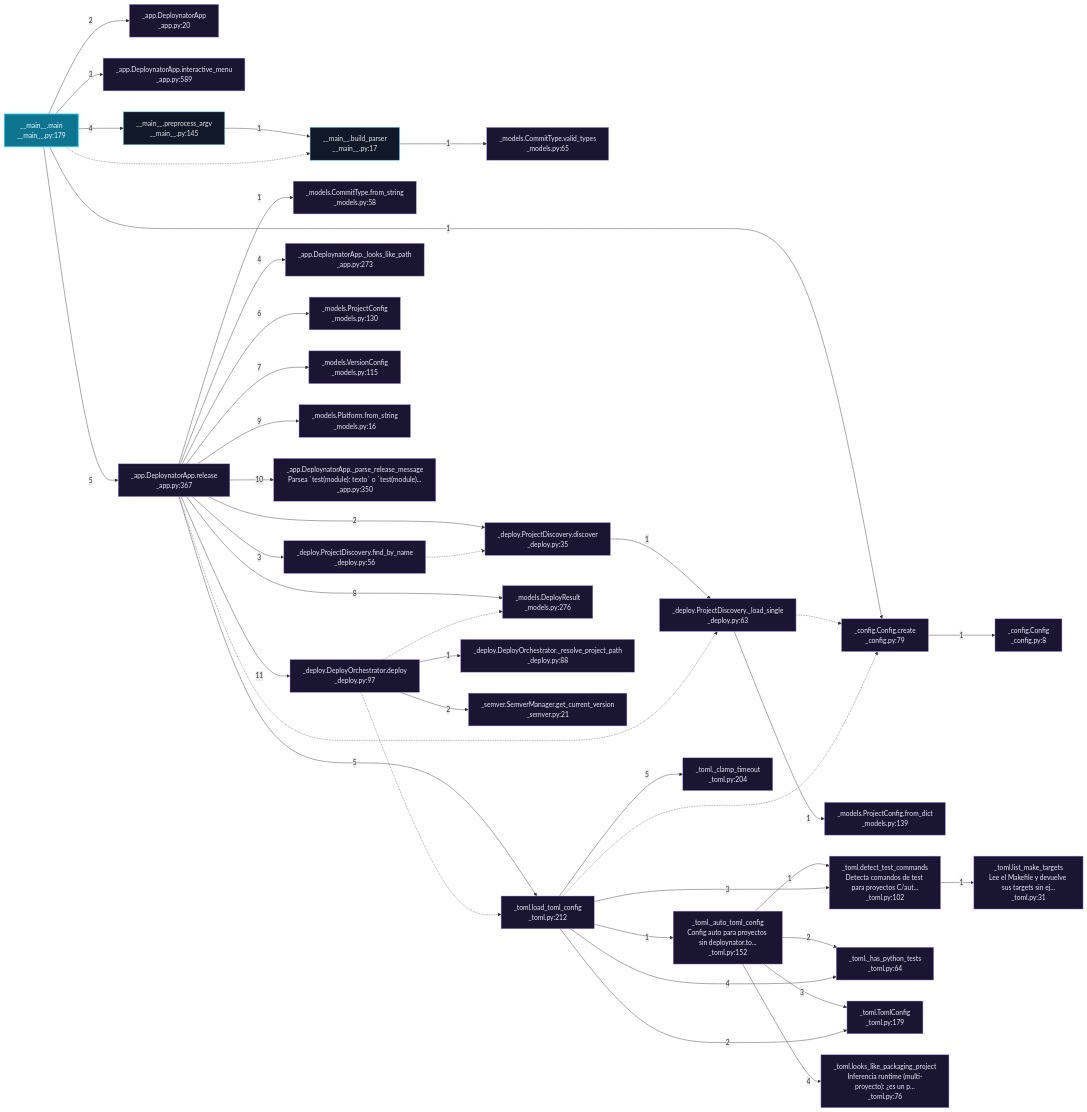
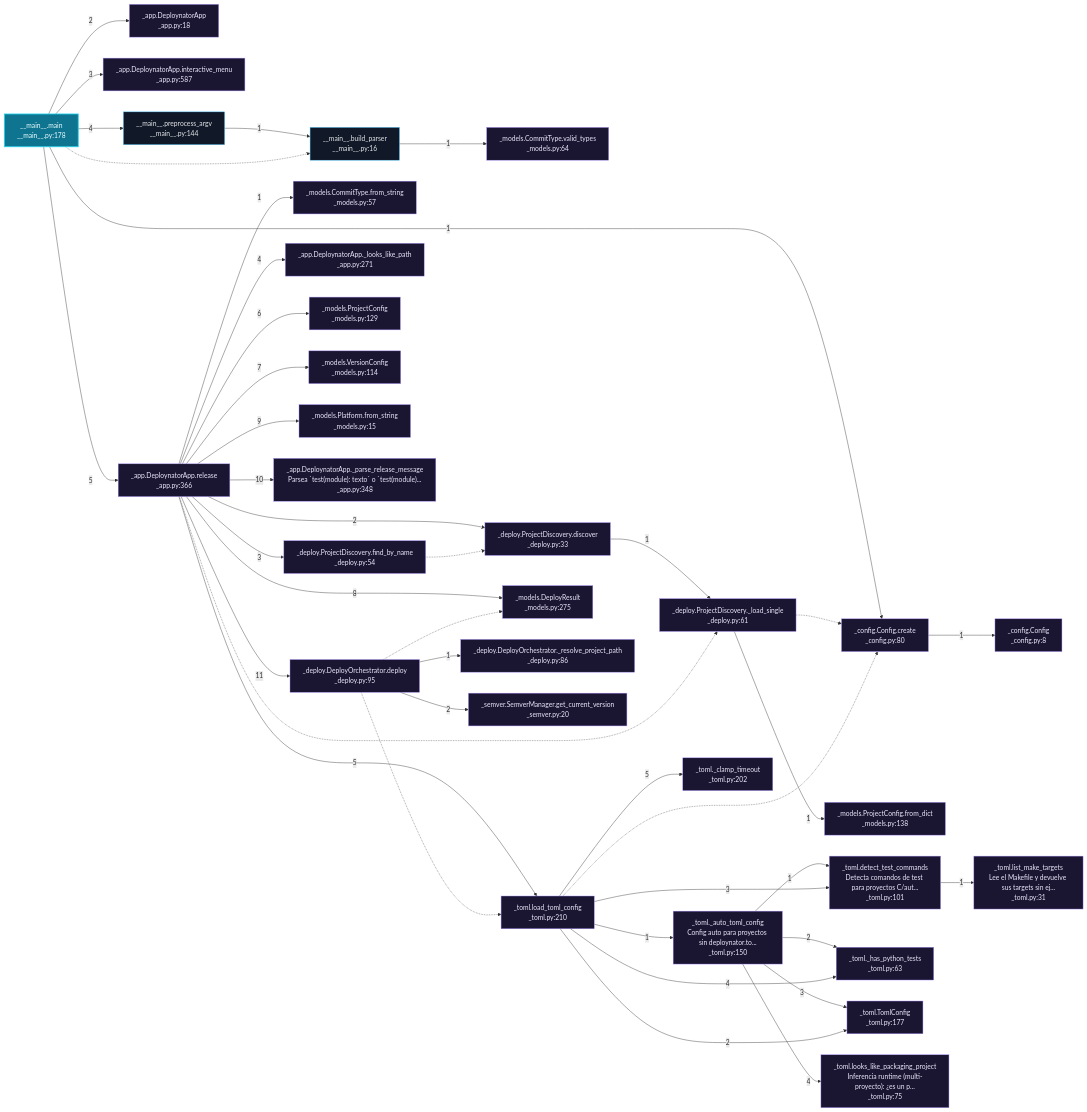
One commit to grisuno/deploynator changed the sixth of 9 diagrams in readmenator-apidocs/architecture.md. Above: the diagram before and after it, drawn with Mermaid. The commit also changed other lines of this file and 144 other files, not shown here.

First line of the commit message:
test(module): testing ruff 100% green.

````diff
--- a/readmenator-apidocs/architecture.md
+++ b/readmenator-apidocs/architecture.md
@@ -318,77 +321,77 @@
 ```mermaid
 flowchart LR
     classDef default fill:#111827,stroke:#38bdf8,color:#e5e7eb;
     classDef entry fill:#0e7490,stroke:#22d3ee,color:#ecfeff,stroke-width:2px;
     classDef external fill:#1a1530,stroke:#a78bfa,color:#ede9fe;
-    n_deploynator___main___py__main["__main__.main<br/>__main__.py:179"]:::entry
-    n_deploynator__config_py__create["_config.Config.create<br/>_config.py:79"]:::external
+    n_deploynator___main___py__main["__main__.main<br/>__main__.py:178"]:::entry
+    n_deploynator__config_py__create["_config.Config.create<br/>_config.py:80"]:::external
     n_deploynator__config_py__Config["_config.Config<br/>_config.py:8"]:::external
-    n_deploynator__app_py__DeploynatorApp["_app.DeploynatorApp<br/>_app.py:20"]:::external
-    n_deploynator__app_py__interactive_menu["_app.DeploynatorApp.interactive_menu<br/>_app.py:589"]:::external
-    n_deploynator___main___py__preprocess_argv["__main__.preprocess_argv<br/>__main__.py:145"]:::default
-    n_deploynator___main___py__build_parser["__main__.build_parser<br/>__main__.py:17"]:::default
-    n_deploynator__models_py__valid_types["_models.CommitType.valid_types<br/>_models.py:65"]:::external
-    n_deploynator__app_py__release["_app.DeploynatorApp.release<br/>_app.py:367"]:::external
-    n_deploynator__models_py__from_string_58["_models.CommitType.from_string<br/>_models.py:58"]:::external
-    n_deploynator__deploy_py__discover["_deploy.ProjectDiscovery.discover<br/>_deploy.py:35"]:::external
-    n_deploynator__deploy_py___load_single["_deploy.ProjectDiscovery._load_single<br/>_deploy.py:63"]:::external
-    n_deploynator__models_py__from_dict_139["_models.ProjectConfig.from_dict<br/>_models.py:139"]:::external
-    n_deploynator__deploy_py__find_by_name["_deploy.ProjectDiscovery.find_by_name<br/>_deploy.py:56"]:::external
-    n_deploynator__app_py___looks_like_path["_app.DeploynatorApp._looks_like_path<br/>_app.py:273"]:::external
-    n_deploynator__toml_py__load_toml_config["_toml.load_toml_config<br/>_toml.py:212"]:::external
-    n_deploynator__toml_py___auto_toml_config["_toml._auto_toml_config<br/>Config auto para proyectos sin deploynator.to...<br/>_toml.py:152"]:::external
-    n_deploynator__toml_py__detect_test_commands["_toml.detect_test_commands<br/>Detecta comandos de test para proyectos C/aut...<br/>_toml.py:102"]:::external
-    n_deploynator__toml_py___has_python_tests["_toml._has_python_tests<br/>_toml.py:64"]:::external
-    n_deploynator__toml_py__TomlConfig["_toml.TomlConfig<br/>_toml.py:179"]:::external
-    n_deploynator__toml_py__looks_like_packaging_project["_toml.looks_like_packaging_project<br/>Inferencia runtime (multi-proyecto): ¿es un p...<br/>_toml.py:76"]:::external
+    n_deploynator__app_py__DeploynatorApp["_app.DeploynatorApp<br/>_app.py:18"]:::external
+    n_deploynator__app_py__interactive_menu["_app.DeploynatorApp.interactive_menu<br/>_app.py:587"]:::external
+    n_deploynator___main___py__preprocess_argv["__main__.preprocess_argv<br/>__main__.py:144"]:::default
+    n_deploynator___main___py__build_parser["__main__.build_parser<br/>__main__.py:16"]:::default
+    n_deploynator__models_py__valid_types["_models.CommitType.valid_types<br/>_models.py:64"]:::external
+    n_deploynator__app_py__release["_app.DeploynatorApp.release<br/>_app.py:366"]:::external
+    n_deploynator__models_py__from_string_57["_models.CommitType.from_string<br/>_models.py:57"]:::external
+    n_deploynator__deploy_py__discover["_deploy.ProjectDiscovery.discover<br/>_deploy.py:33"]:::external
+    n_deploynator__deploy_py___load_single["_deploy.ProjectDiscovery._load_single<br/>_deploy.py:61"]:::external
+    n_deploynator__models_py__from_dict_138["_models.ProjectConfig.from_dict<br/>_models.py:138"]:::external
+    n_deploynator__deploy_py__find_by_name["_deploy.ProjectDiscovery.find_by_name<br/>_deploy.py:54"]:::external
+    n_deploynator__app_py___looks_like_path["_app.DeploynatorApp._looks_like_path<br/>_app.py:271"]:::external
+    n_deploynator__toml_py__load_toml_config["_toml.load_toml_config<br/>_toml.py:210"]:::external
+    n_deploynator__toml_py___auto_toml_config["_toml._auto_toml_config<br/>Config auto para proyectos sin deploynator.to...<br/>_toml.py:150"]:::external
+    n_deploynator__toml_py__detect_test_commands["_toml.detect_test_commands<br/>Detecta comandos de test para proyectos C/aut...<br/>_toml.py:101"]:::external
+    n_deploynator__toml_py___has_python_tests["_toml._has_python_tests<br/>_toml.py:63"]:::external
+    n_deploynator__toml_py__TomlConfig["_toml.TomlConfig<br/>_toml.py:177"]:::external
+    n_deploynator__toml_py__looks_like_packaging_project["_toml.looks_like_packaging_project<br/>Inferencia runtime (multi-proyecto): ¿es un p...<br/>_toml.py:75"]:::external
     n_deploynator__toml_py__list_make_targets["_toml.list_make_targets<br/>Lee el Makefile y devuelve sus targets sin ej...<br/>_toml.py:31"]:::external
-    n_deploynator__toml_py___clamp_timeout["_toml._clamp_timeout<br/>_toml.py:204"]:::external
-    n_deploynator__models_py__ProjectConfig["_models.ProjectConfig<br/>_models.py:130"]:::external
-    n_deploynator__models_py__VersionConfig["_models.VersionConfig<br/>_models.py:115"]:::external
-    n_deploynator__models_py__DeployResult["_models.DeployResult<br/>_models.py:276"]:::external
-    n_deploynator__models_py__from_string["_models.Platform.from_string<br/>_models.py:16"]:::external
-    n_deploynator__app_py___parse_release_message["_app.DeploynatorApp._parse_release_message<br/>Parsea #96;test(module): texto#96; o #96;test(module)...<br/>_app.py:350"]:::external
-    n_deploynator__deploy_py__deploy["_deploy.DeployOrchestrator.deploy<br/>_deploy.py:97"]:::external
-    n_deploynator__deploy_py___resolve_project_path["_deploy.DeployOrchestrator._resolve_project_path<br/>_deploy.py:88"]:::external
-    n_deploynator__semver_py__get_current_version["_semver.SemverManager.get_current_version<br/>_semver.py:21"]:::external
+    n_deploynator__toml_py___clamp_timeout["_toml._clamp_timeout<br/>_toml.py:202"]:::external
+    n_deploynator__models_py__ProjectConfig["_models.ProjectConfig<br/>_models.py:129"]:::external
+    n_deploynator__models_py__VersionConfig["_models.VersionConfig<br/>_models.py:114"]:::external
+    n_deploynator__models_py__DeployResult["_models.DeployResult<br/>_models.py:275"]:::external
+    n_deploynator__models_py__from_string["_models.Platform.from_string<br/>_models.py:15"]:::external
+    n_deploynator__app_py___parse_release_message["_app.DeploynatorApp._parse_release_message<br/>Parsea #96;test(module): texto#96; o #96;test(module)...<br/>_app.py:348"]:::external
+    n_deploynator__deploy_py__deploy["_deploy.DeployOrchestrator.deploy<br/>_deploy.py:95"]:::external
+    n_deploynator__deploy_py___resolve_project_path["_deploy.DeployOrchestrator._resolve_project_path<br/>_deploy.py:86"]:::external
+    n_deploynator__semver_py__get_current_version["_semver.SemverManager.get_current_version<br/>_semver.py:20"]:::external
     n_deploynator___main___py__main -->|"1"| n_deploynator__config_py__create
     n_deploynator__config_py__create -->|"1"| n_deploynator__config_py__Config
     n_deploynator___main___py__main -->|"2"| n_deploynator__app_py__DeploynatorApp
     n_deploynator___main___py__main -->|"3"| n_deploynator__app_py__interactive_menu
     n_deploynator___main___py__main -->|"4"| n_deploynator___main___py__preprocess_argv
     n_deploynator___main___py__preprocess_argv -->|"1"| n_deploynator___main___py__build_parser
     n_deploynator___main___py__build_parser -->|"1"| n_deploynator__models_py__valid_types
     n_deploynator___main___py__main -.-> n_deploynator___main___py__build_parser
     n_deploynator___main___py__main -->|"5"| n_deploynator__app_py__release
-    n_deploynator__app_py__release -->|"1"| n_deploynator__models_py__from_string_58
+    n_deploynator__app_py__release -->|"1"| n_deploynator__models_py__from_string_57
     n_deploynator__app_py__release -->|"2"| n_deploynator__deploy_py__discover
     n_deploynator__deploy_py__discover -->|"1"| n_deploynator__deploy_py___load_single
     n_deploynator__deploy_py___load_single -.-> n_deploynator__config_py__create
-    n_deploynator__deploy_py___load_single -->|"1"| n_deploynator__models_py__from_dict_139
+    n_deploynator__deploy_py___load_single -->|"1"| n_deploynator__models_py__from_dict_138
     n_deploynator__app_py__release -->|"3"| n_deploynator__deploy_py__find_by_name
     n_deploynator__deploy_py__find_by_name -.-> n_deploynator__deploy_py__discover
     n_deploynator__app_py__release -->|"4"| n_deploynator__app_py___looks_like_path
     n_deploynator__app_py__release -->|"5"| n_deploynator__toml_py__load_toml_config
     n_deploynator__toml_py__load_toml_config -->|"1"| n_deploynator__toml_py___auto_toml_config
     n_deploynator__toml_py___auto_toml_config -->|"1"| n_deploynator__toml_py__detect_test_commands
     n_deploynator__toml_py___auto_toml_config -->|"2"| n_deploynator__toml_py___has_python_tests
     n_deploynator__toml_py___auto_toml_config -->|"3"| n_deploynator__toml_py__TomlConfig
     n_deploynator__toml_py___auto_toml_config -->|"4"| n_deploynator__toml_py__looks_like_packaging_project
     n_deploynator__toml_py__load_toml_config -->|"2"| n_deploynator__toml_py__TomlConfig
     n_deploynator__toml_py__load_toml_config -.-> n_deploynator__config_py__create
     n_deploynator__toml_py__load_toml_config -->|"3"| n_deploynator__toml_py__detect_test_commands
     n_deploynator__toml_py__detect_test_commands -->|"1"| n_deploynator__toml_py__list_make_targets
     n_deploynator__toml_py__load_toml_config -->|"4"| n_deploynator__toml_py___has_python_tests
     n_deploynator__toml_py__load_toml_config -->|"5"| n_deploynator__toml_py___clamp_timeout
     n_deploynator__app_py__release -->|"6"| n_deploynator__models_py__ProjectConfig
     n_deploynator__app_py__release -->|"7"| n_deploynator__models_py__VersionConfig
     n_deploynator__app_py__release -.-> n_deploynator__deploy_py___load_single
     n_deploynator__app_py__release -->|"8"| n_deploynator__models_py__DeployResult
     n_deploynator__app_py__release -->|"9"| n_deploynator__models_py__from_string
     n_deploynator__app_py__release -->|"10"| n_deploynator__app_py___parse_release_message
     n_deploynator__app_py__release -->|"11"| n_deploynator__deploy_py__deploy
     n_deploynator__deploy_py__deploy -->|"1"| n_deploynator__deploy_py___resolve_project_path
     n_deploynator__deploy_py__deploy -.-> n_deploynator__models_py__DeployResult
     n_deploynator__deploy_py__deploy -.-> n_deploynator__toml_py__load_toml_config
     n_deploynator__deploy_py__deploy -->|"2"| n_deploynator__semver_py__get_current_version
 ```
````
